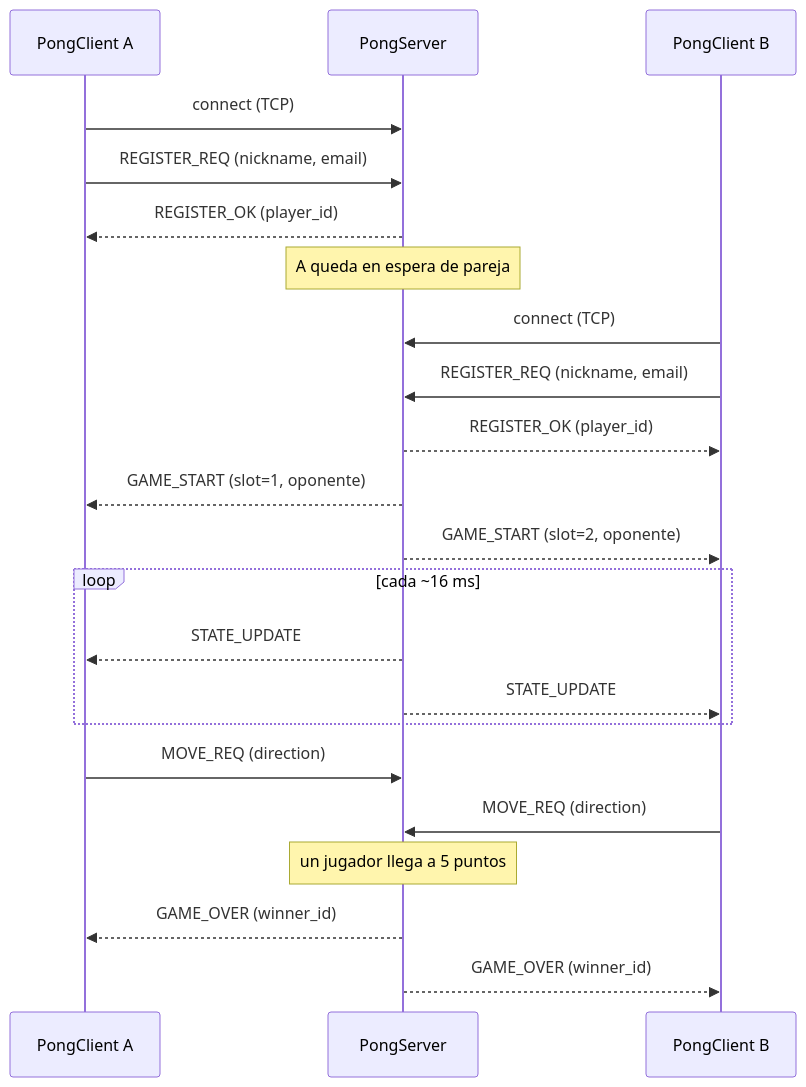
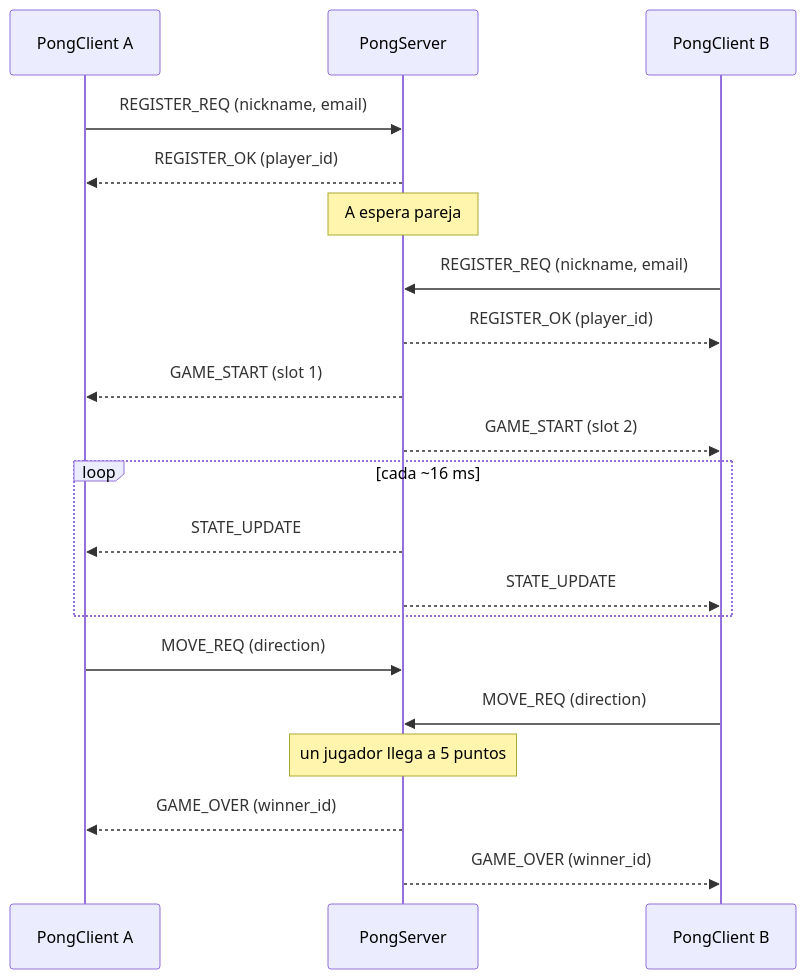
The second of 2 diagrams in README.md (juanjomon05/Proyecto_telematica), drawn with Mermaid before and after one commit. The commit also changed other lines of this file and 1 other file, not shown here.

````diff
--- a/README.md
+++ b/README.md
@@ -173,24 +96,22 @@
 ```mermaid
 sequenceDiagram
     participant A as PongClient A
     participant S as PongServer
     participant B as PongClient B
-    A->>S: connect (TCP)
     A->>S: REGISTER_REQ (nickname, email)
     S-->>A: REGISTER_OK (player_id)
-    Note over S: A queda en espera de pareja
-    B->>S: connect (TCP)
+    Note over S: A espera pareja
     B->>S: REGISTER_REQ (nickname, email)
     S-->>B: REGISTER_OK (player_id)
-    S-->>A: GAME_START (slot=1, oponente)
-    S-->>B: GAME_START (slot=2, oponente)
+    S-->>A: GAME_START (slot 1)
+    S-->>B: GAME_START (slot 2)
     loop cada ~16 ms
         S-->>A: STATE_UPDATE
         S-->>B: STATE_UPDATE
     end
     A->>S: MOVE_REQ (direction)
     B->>S: MOVE_REQ (direction)
     Note over S: un jugador llega a 5 puntos
     S-->>A: GAME_OVER (winner_id)
     S-->>B: GAME_OVER (winner_id)
 ```
````
